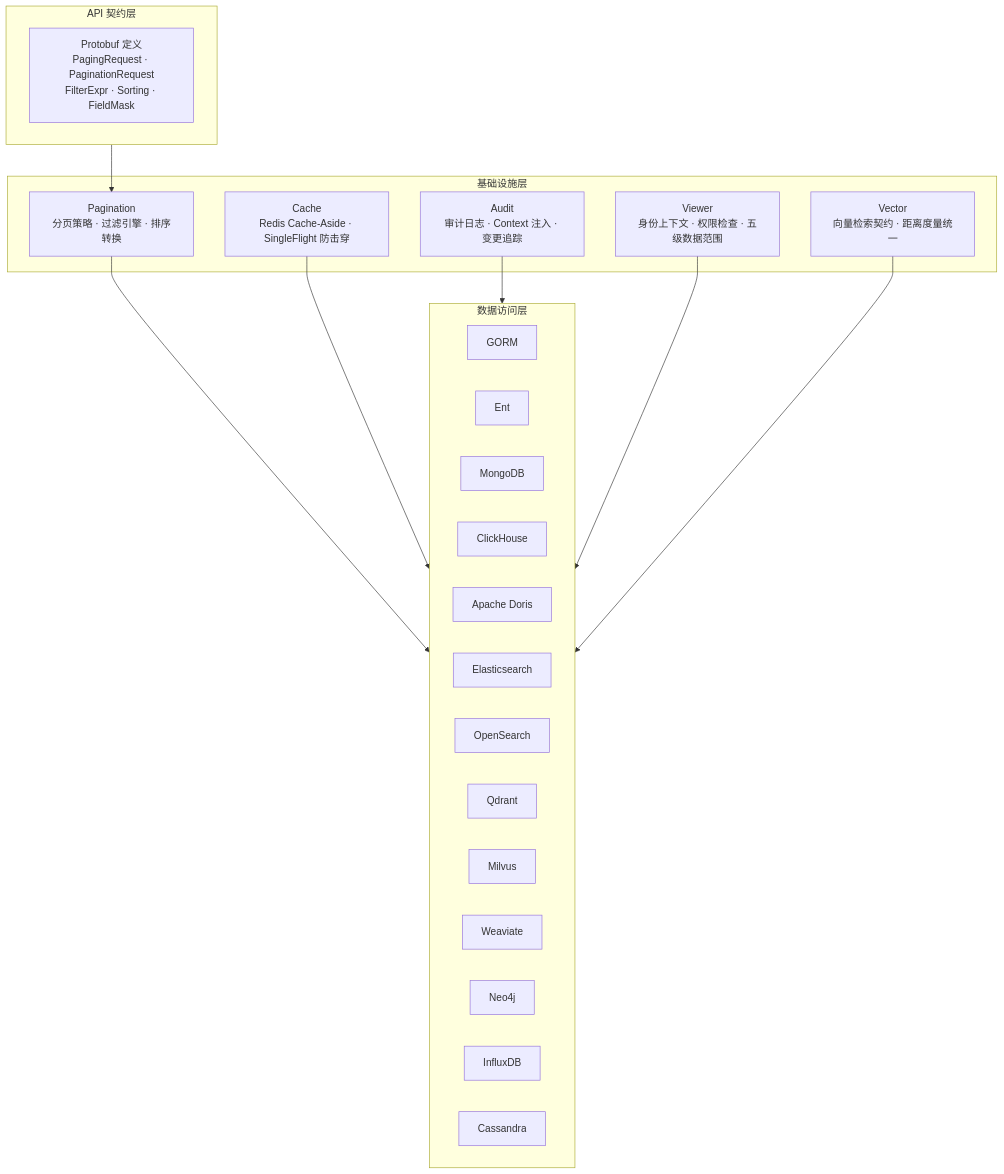
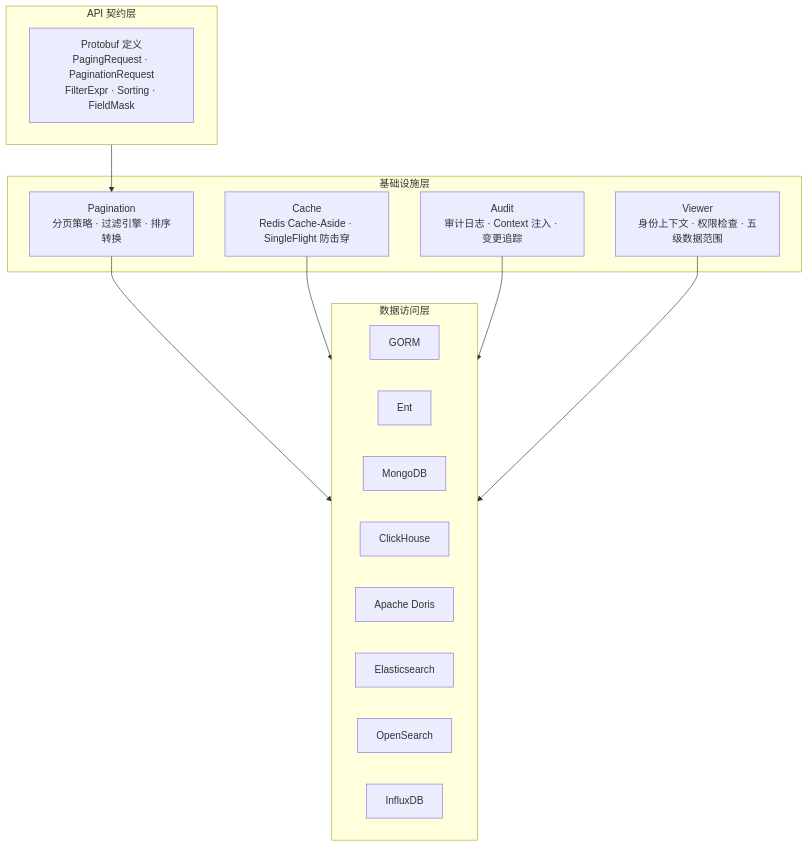
One commit to zqf20096327/dbhub_collect changed the diagram in data/readmes/tx7do__go-crud.md. Above: the diagram before and after it, drawn with Mermaid. The commit also changed other lines of this file and 1784 other files, not shown here.

````diff
--- a/data/readmes/tx7do__go-crud.md
+++ b/data/readmes/tx7do__go-crud.md
@@ -81,37 +57,30 @@
 ```mermaid
 graph TB
     subgraph API["API 契约层"]
         Proto["Protobuf 定义<br/>PagingRequest · PaginationRequest<br/>FilterExpr · Sorting · FieldMask"]
     end
 
     subgraph Infra["基础设施层"]
         Pagination["Pagination<br/>分页策略 · 过滤引擎 · 排序转换"]
         Cache["Cache<br/>Redis Cache-Aside · SingleFlight 防击穿"]
         Audit["Audit<br/>审计日志 · Context 注入 · 变更追踪"]
         Viewer["Viewer<br/>身份上下文 · 权限检查 · 五级数据范围"]
-        Vector["Vector<br/>向量检索契约 · 距离度量统一"]
     end
 
     subgraph DAL["数据访问层"]
         GORM["GORM"]
         ENT["Ent"]
         Mongo["MongoDB"]
         CH["ClickHouse"]
         Doris["Apache Doris"]
         ES["Elasticsearch"]
         OS["OpenSearch"]
-        Qdrant["Qdrant"]
-        Milvus["Milvus"]
-        Weaviate["Weaviate"]
-        Neo4j["Neo4j"]
         Influx["InfluxDB"]
-        Cassandra["Cassandra"]
     end
 
     API --> Pagination
     Pagination --> DAL
     Cache --> DAL
     Audit --> DAL
     Viewer --> DAL
-    Vector --> DAL
 ```
````
